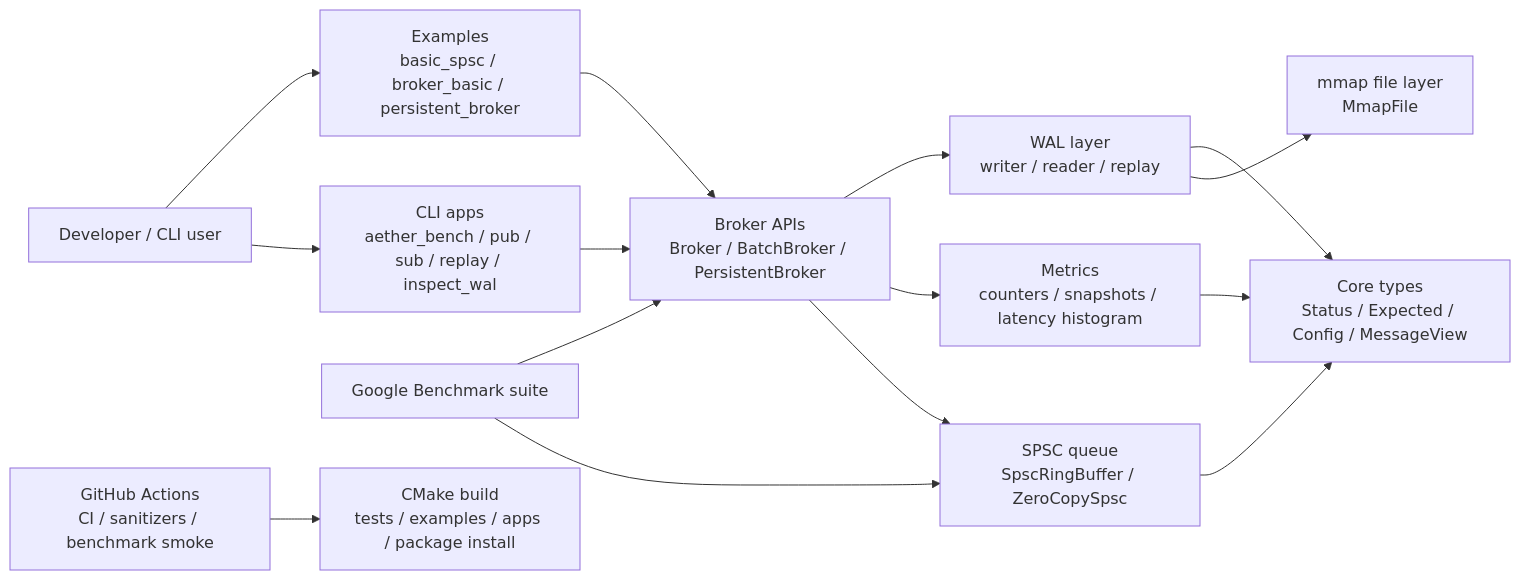
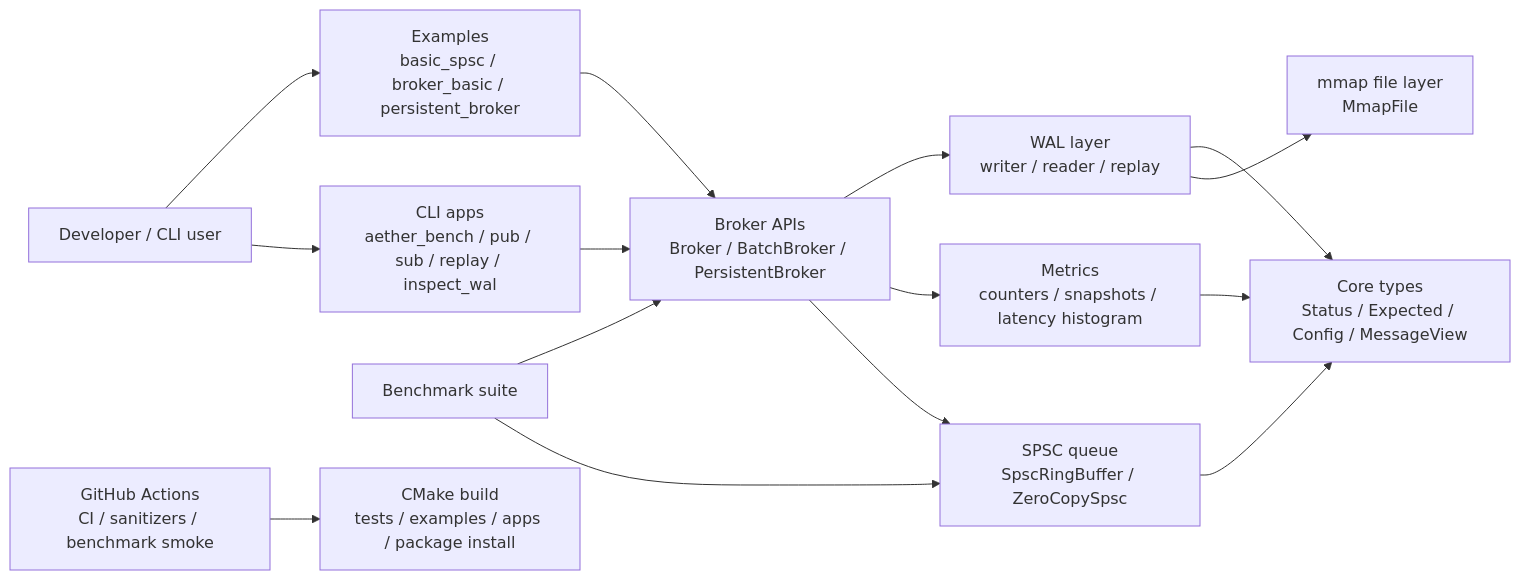
One commit to AyushmanRaha/Aether-Stream changed the first of 2 diagrams in README.md. Above: the diagram before and after it, drawn with Mermaid. The commit also changed other lines of this file and 27 other files, not shown here.

````diff
--- a/README.md
+++ b/README.md
@@ -92,17 +91,17 @@
 ```mermaid
 flowchart LR
     User["Developer / CLI user"] --> Apps["CLI apps<br/>aether_bench / pub / sub / replay / inspect_wal"]
     User --> Examples["Examples<br/>basic_spsc / broker_basic / persistent_broker"]
     Apps --> Broker["Broker APIs<br/>Broker / BatchBroker / PersistentBroker"]
     Examples --> Broker
     Broker --> Queue["SPSC queue<br/>SpscRingBuffer / ZeroCopySpsc"]
     Broker --> Metrics["Metrics<br/>counters / snapshots / latency histogram"]
     Broker --> WAL["WAL layer<br/>writer / reader / replay"]
     WAL --> Mmap["mmap file layer<br/>MmapFile"]
     Queue --> Core["Core types<br/>Status / Expected / Config / MessageView"]
     WAL --> Core
     Metrics --> Core
-    Bench["Google Benchmark suite"] --> Queue
+    Bench["Benchmark suite"] --> Queue
     Bench --> Broker
     CI["GitHub Actions<br/>CI / sanitizers / benchmark smoke"] --> Build["CMake build<br/>tests / examples / apps / package install"]
 ```
````
